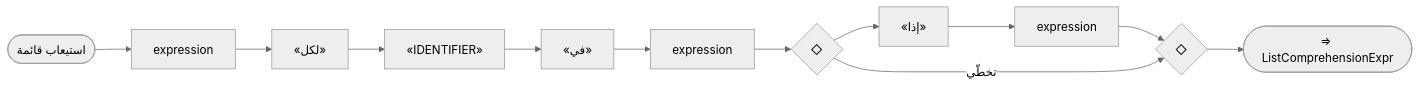
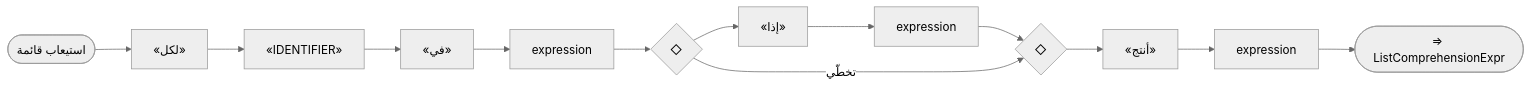
Before and after one commit to sadlang/sadlang: diagram 25 of 55 in docs/parser_rule/_generated/60_advanced.md, drawn with Mermaid (neutral theme). The commit also changed other lines of this file and 283 other files, not shown here.

````diff
--- a/docs/parser_rule/_generated/60_advanced.md
+++ b/docs/parser_rule/_generated/60_advanced.md
@@ -801,25 +802,27 @@
 ```mermaid
 flowchart LR
   n1(["استيعاب قائمة"])
-  n2["expression"]
-  n3["«لكل»"]
+  n2["«لكل»"]
+  n3["«IDENTIFIER»"]
   n2 --> n3
-  n4["«IDENTIFIER»"]
+  n4["«في»"]
   n3 --> n4
-  n5["«في»"]
+  n5["expression"]
   n4 --> n5
-  n6["expression"]
+  n6{"◇"}
+  n7{"◇"}
+  n8["«إذا»"]
+  n9["expression"]
+  n8 --> n9
+  n6 --> n8
+  n9 --> n7
+  n6 -- "تخطّي" --> n7
   n5 --> n6
-  n7{"◇"}
-  n8{"◇"}
-  n9["«إذا»"]
-  n10["expression"]
-  n9 --> n10
-  n7 --> n9
-  n10 --> n8
-  n7 -- "تخطّي" --> n8
-  n6 --> n7
+  n10["«أنتج»"]
+  n7 --> n10
+  n11["expression"]
+  n10 --> n11
   n1 --> n2
-  n11(["⇒ ListComprehensionExpr"])
-  n8 --> n11
+  n12(["⇒ ListComprehensionExpr"])
+  n11 --> n12
 ```
````
